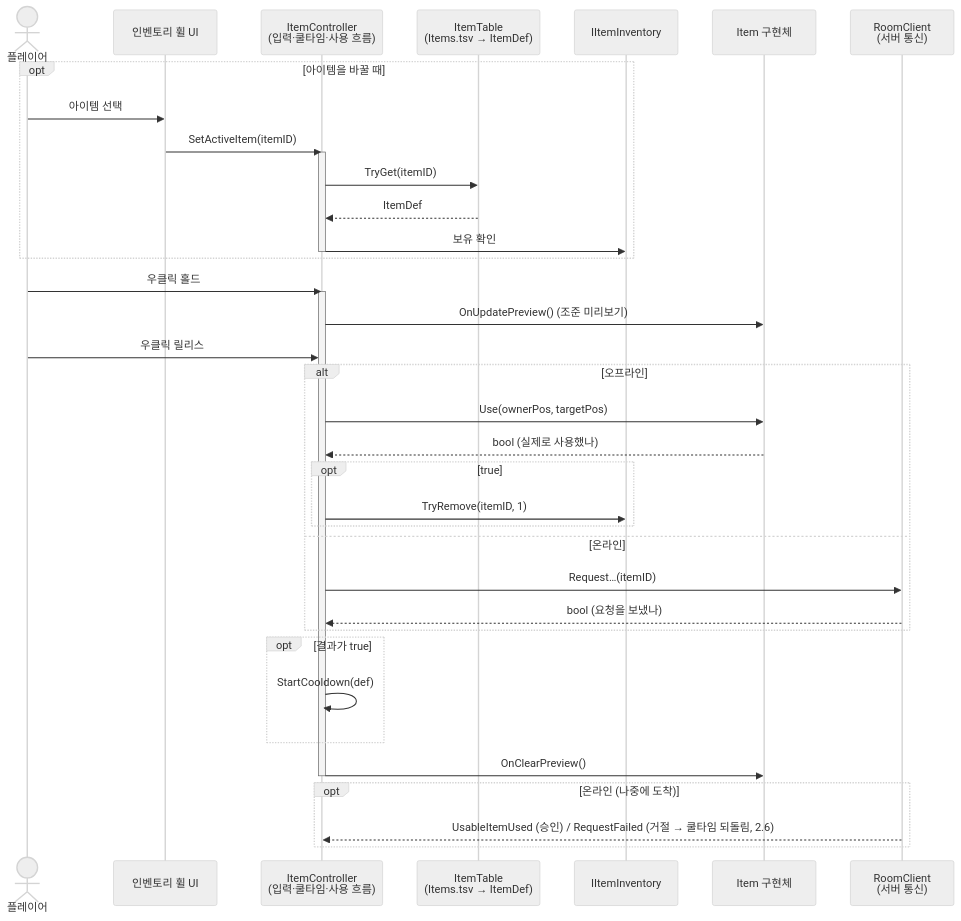
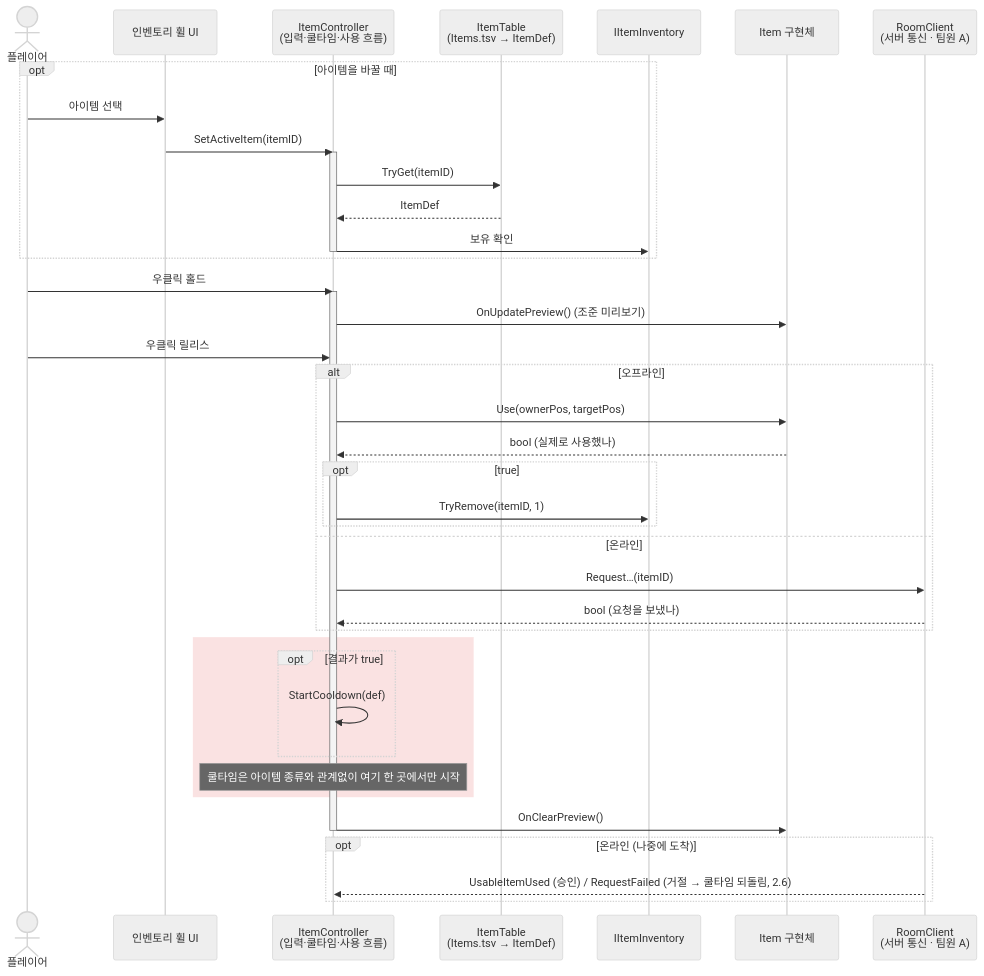
Before and after one commit to parksooha102-ai/portfolio: the first of 5 diagrams in src/2-FolkSack/기술문서_초안_아이템시스템.md, drawn with Mermaid (neutral theme). The commit also changed other lines of this file and 1 other file, not shown here.

First line of the commit message:
2번 문서: 시각자료 정리 — 루프 플로우차트 삭제, 그림 5개 접기, 다이어그램 강조

````diff
--- a/src/2-FolkSack/기술문서_초안_아이템시스템.md
+++ b/src/2-FolkSack/기술문서_초안_아이템시스템.md
@@ -196,44 +193,47 @@
 ```mermaid
 sequenceDiagram
     actor P as 플레이어
     participant W as 인벤토리 휠 UI
     participant IC as ItemController<br/>(입력·쿨타임·사용 흐름)
     participant TBL as ItemTable<br/>(Items.tsv → ItemDef)
     participant INV as IItemInventory
     participant IT as Item 구현체
-    participant RC as RoomClient<br/>(서버 통신)
+    participant RC as RoomClient<br/>(서버 통신 · 팀원 A)
 
     opt 아이템을 바꿀 때
         P->>W: 아이템 선택
         W->>IC: SetActiveItem(itemID)
         activate IC
         IC->>TBL: TryGet(itemID)
         TBL-->>IC: ItemDef
         IC->>INV: 보유 확인
         deactivate IC
     end
 
     P->>IC: 우클릭 홀드
     activate IC
     IC->>IT: OnUpdatePreview() (조준 미리보기)
     P->>IC: 우클릭 릴리스
     alt 오프라인
         IC->>IT: Use(ownerPos, targetPos)
         IT-->>IC: bool (실제로 사용했나)
         opt true
             IC->>INV: TryRemove(itemID, 1)
         end
     else 온라인
         IC->>RC: Request…(itemID)
         RC-->>IC: bool (요청을 보냈나)
     end
-    opt 결과가 true
-        IC->>IC: StartCooldown(def)
+    rect rgba(220, 60, 60, 0.15)
+        opt 결과가 true
+            IC->>IC: StartCooldown(def)
+        end
+        Note over IC: 쿨타임은 아이템 종류와 관계없이 여기 한 곳에서만 시작
     end
     IC->>IT: OnClearPreview()
     deactivate IC
 
     opt 온라인 (나중에 도착)
         RC-->>IC: UsableItemUsed (승인) / RequestFailed (거절 → 쿨타임 되돌림, 2.6)
     end
 ```
````
